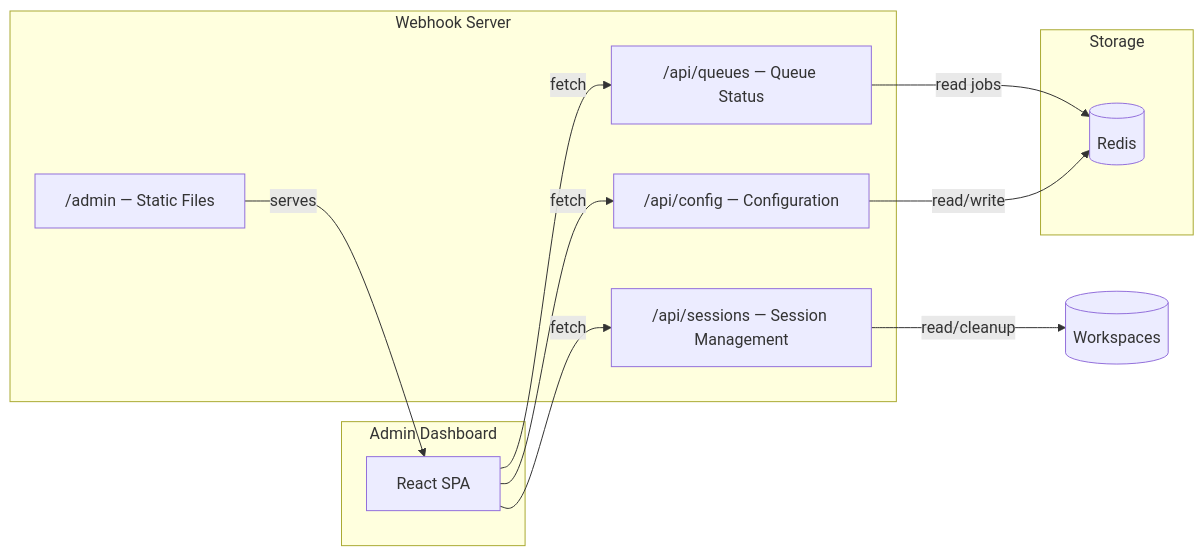
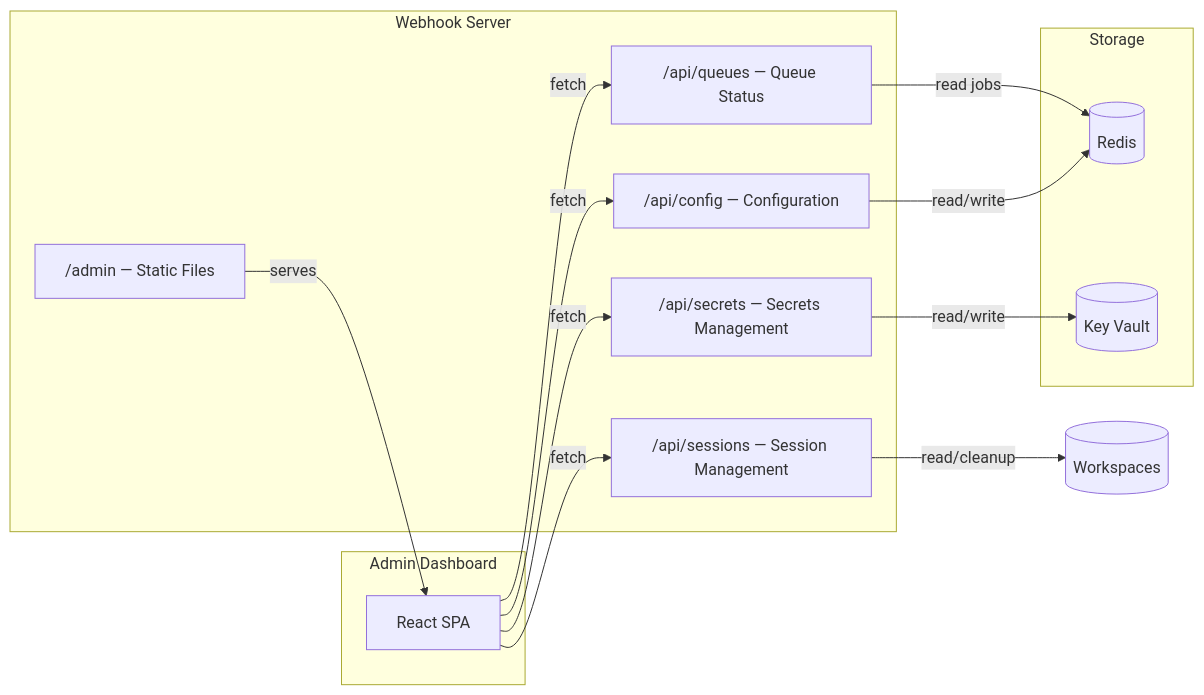
The tenth of 10 diagrams in docs/architecture.md (mappedin-dev/mapthew), drawn with Mermaid before and after one commit. The commit also changed other lines of this file and 44 other files, not shown here.

First line of the commit message:
feat(keyvault): add Azure Key Vault for secrets management (#23)

````diff
--- a/docs/architecture.md
+++ b/docs/architecture.md
@@ -332,25 +415,29 @@
 ```mermaid
 flowchart LR
     subgraph Dashboard["Admin Dashboard"]
         UI["React SPA"]
     end
 
     subgraph Server["Webhook Server"]
         STATIC["/admin — Static Files"]
         API_Q["/api/queues — Queue Status"]
         API_C["/api/config — Configuration"]
         API_S["/api/sessions — Session Management"]
+        API_SEC["/api/secrets — Secrets Management"]
     end
 
     subgraph Storage
         REDIS[("Redis")]
+        KV[("Key Vault")]
     end
 
     UI -->|fetch| API_Q
     UI -->|fetch| API_C
     UI -->|fetch| API_S
+    UI -->|fetch| API_SEC
     API_Q -->|read jobs| REDIS
     API_C -->|read/write| REDIS
     API_S -->|read/cleanup| WORKSPACES[("Workspaces")]
+    API_SEC -->|read/write| KV
     STATIC -->|serves| UI
 ```
````
